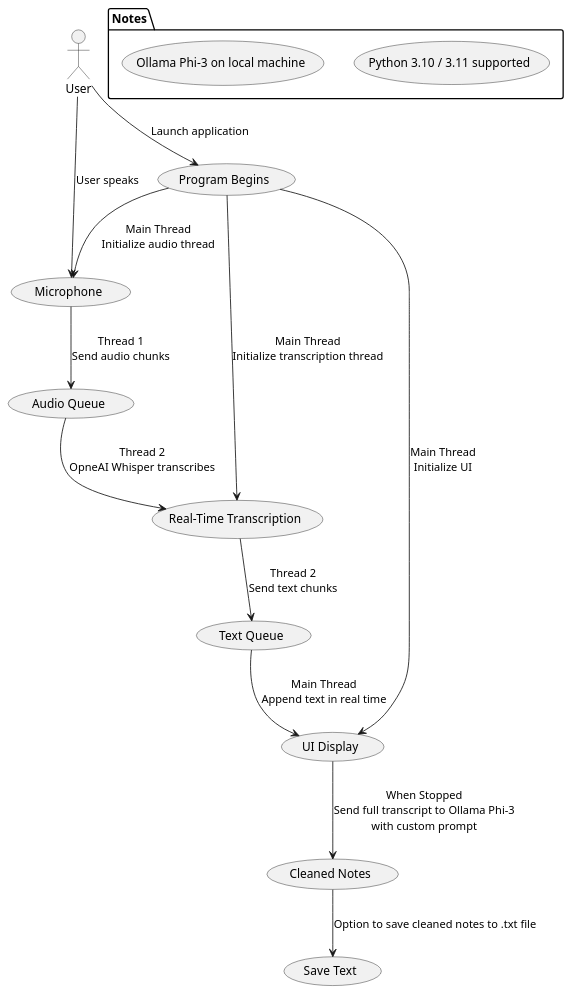
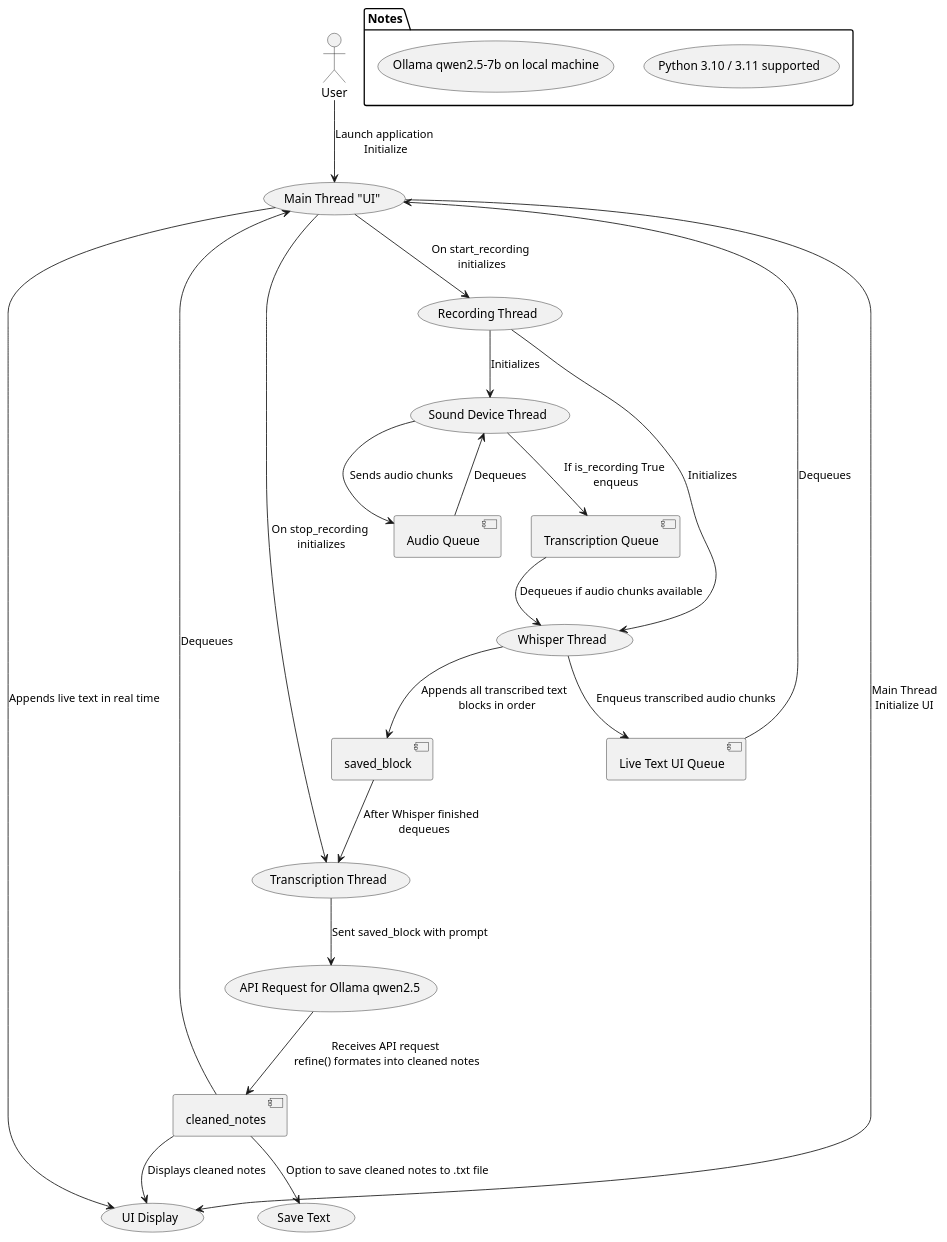
The diagram in Outline.plantuml (RajitTalluri/AI-Speech-Notetaker), drawn with PlantUML before and after one commit. The commit also changed 7 other files, not shown here.

Commit message:
Updated architecture

```diff
--- a/Outline.plantuml
+++ b/Outline.plantuml
@@ -1,29 +1,35 @@
 @startuml Speech Notetaker Outline
 
 actor User
 
-User --> (Program Begins) : Launch application
+User --> (Main Thread "UI") : Launch application\n Initialize
 
-(Program Begins) --> (UI Display) : Main Thread\nInitialize UI
-(Program Begins) --> (Microphone) : Main Thread\nInitialize audio thread
-(Program Begins) --> (Real-Time Transcription) : Main Thread\nInitialize transcription thread
+(Main Thread "UI") --> (UI Display) : Main Thread\nInitialize UI
+(Main Thread "UI") --> (Recording Thread) :  On start_recording\n initializes 
+(Main Thread "UI") --> (Transcription Thread) :  On stop_recording\n initializes 
 
+(Recording Thread) --> (Sound Device Thread) : Initializes
+(Recording Thread) --> (Whisper Thread) : Initializes
+(Sound Device Thread) --> [Audio Queue] : Sends audio chunks
+[Audio Queue] --> (Sound Device Thread) : Dequeues
+(Sound Device Thread) --> [Transcription Queue] : If is_recording True\n enqueus 
 
-User --> (Microphone) : User speaks
+[Transcription Queue] --> (Whisper Thread)  : Dequeues if audio chunks available
+(Whisper Thread) --> [Live Text UI Queue] : Enqueus transcribed audio chunks
+(Whisper Thread) --> [saved_block] : Appends all transcribed text \n blocks in order
+[saved_block] --> (Transcription Thread) : After Whisper finished \n dequeues
+(Transcription Thread) --> (API Request for Ollama qwen2.5) : Sent saved_block with prompt
+(API Request for Ollama qwen2.5) --> [cleaned_notes] : Receives API request\n refine() formates into cleaned notes
+[cleaned_notes] --> (Main Thread "UI") : Dequeues
+[Live Text UI Queue] --> (Main Thread "UI") : Dequeues
+(Main Thread "UI") --> (UI Display) : Appends live text in real time
 
-(Microphone) --> (Audio Queue) : Thread 1\nSend audio chunks
-
-(Audio Queue) --> (Real-Time Transcription) : Thread 2\nOpneAI Whisper transcribes
-(Real-Time Transcription) --> (Text Queue) : Thread 2\nSend text chunks
-
-(Text Queue) --> (UI Display) : Main Thread\nAppend text in real time
-
-(UI Display) --> (Cleaned Notes) : When Stopped\nSend full transcript to Ollama Phi-3\nwith custom prompt
-(Cleaned Notes) --> (Save Text) : Option to save cleaned notes to .txt file
+(cleaned_notes) --> (UI Display) : Displays cleaned notes
+(cleaned_notes) --> (Save Text) : Option to save cleaned notes to .txt file
 
 package "Notes" {
   (Python 3.10 / 3.11 supported)
-  (Ollama Phi-3 on local machine)
+  (Ollama qwen2.5-7b on local machine)
 }
 
 @enduml
```
